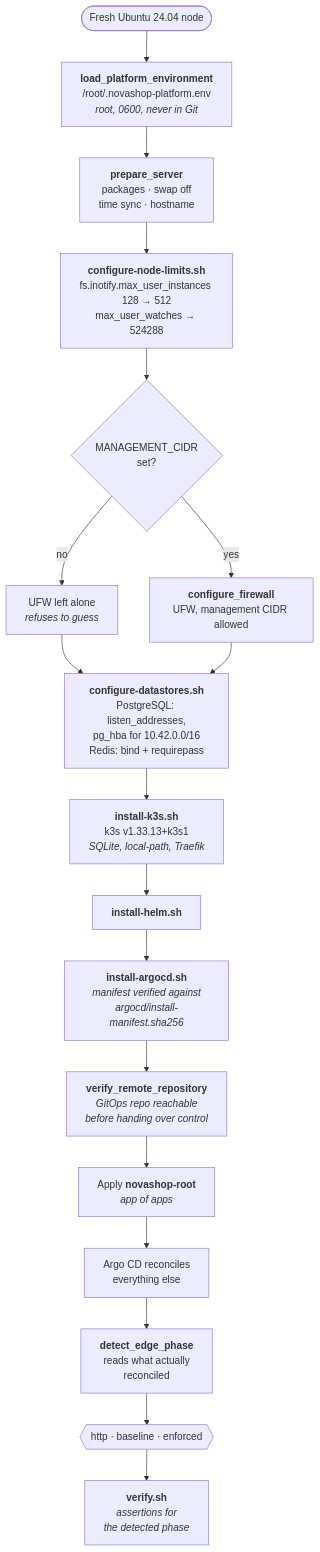
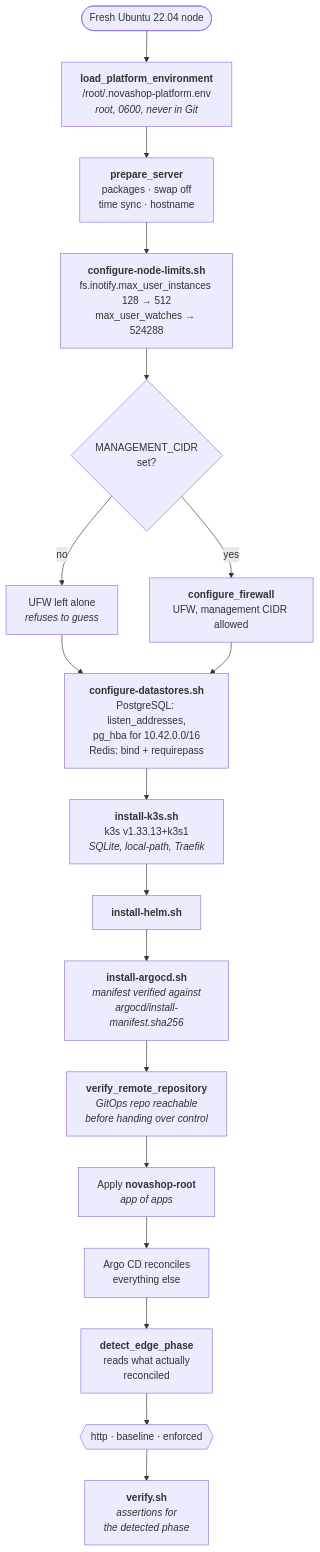
Before and after one commit to nguyenlpn2015/NovaShop: the second of 2 diagrams in docs/architecture/bootstrap-flow.md, drawn with Mermaid. The commit also changed 14 other files, not shown here.

````diff
--- a/docs/architecture/bootstrap-flow.md
+++ b/docs/architecture/bootstrap-flow.md
@@ -28,20 +28,20 @@
 ```mermaid
 flowchart TB
-    START(["Fresh Ubuntu 24.04 node"]) --> ENV["<b>load_platform_environment</b><br/>/root/.novashop-platform.env<br/><i>root, 0600, never in Git</i>"]
+    START(["Fresh Ubuntu 22.04 node"]) --> ENV["<b>load_platform_environment</b><br/>/root/.novashop-platform.env<br/><i>root, 0600, never in Git</i>"]
     ENV --> PREP["<b>prepare_server</b><br/>packages · swap off<br/>time sync · hostname"]
     PREP --> LIM["<b>configure-node-limits.sh</b><br/>fs.inotify.max_user_instances 128 → 512<br/>max_user_watches → 524288"]
     LIM --> FW{"MANAGEMENT_CIDR<br/>set?"}
     FW -->|"no"| SKIP["UFW left alone<br/><i>refuses to guess</i>"]
     FW -->|"yes"| UFW["<b>configure_firewall</b><br/>UFW, management CIDR allowed"]
     SKIP --> DS
     UFW --> DS["<b>configure-datastores.sh</b><br/>PostgreSQL: listen_addresses,<br/>pg_hba for 10.42.0.0/16<br/>Redis: bind + requirepass"]
     DS --> K3S["<b>install-k3s.sh</b><br/>k3s v1.33.13+k3s1<br/><i>SQLite, local-path, Traefik</i>"]
     K3S --> HELM["<b>install-helm.sh</b>"]
     HELM --> ARGO["<b>install-argocd.sh</b><br/><i>manifest verified against<br/>argocd/install-manifest.sha256</i>"]
     ARGO --> REPO["<b>verify_remote_repository</b><br/><i>GitOps repo reachable<br/>before handing over control</i>"]
     REPO --> ROOT["Apply <b>novashop-root</b><br/><i>app of apps</i>"]
     ROOT --> RECON["Argo CD reconciles<br/>everything else"]
     RECON --> PHASE["<b>detect_edge_phase</b><br/>reads what actually<br/>reconciled"]
     PHASE --> OUT{{"http · baseline · enforced"}}
     OUT --> VERIFY["<b>verify.sh</b><br/><i>assertions for<br/>the detected phase</i>"]
 ```
````
